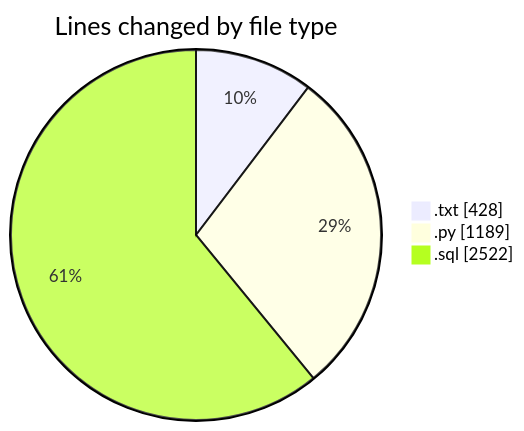
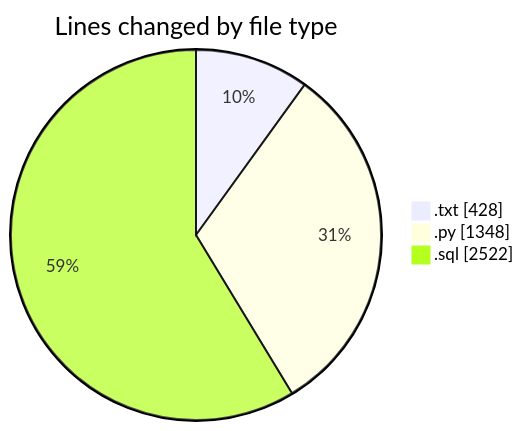
The first of 2 diagrams in 2025-09-16/datanv/README.md (lephambinh05/code-tracking), drawn with Mermaid before and after one commit. The commit also changed other lines of this file and 1 other file, not shown here.

````diff
--- a/2025-09-16/datanv/README.md
+++ b/2025-09-16/datanv/README.md
@@ -36,7 +39,7 @@
 ```mermaid
 pie showData
 title Lines changed by file type
 ".txt" : 428
-".py" : 1189
+".py" : 1348
 ".sql" : 2522
 ```
````
